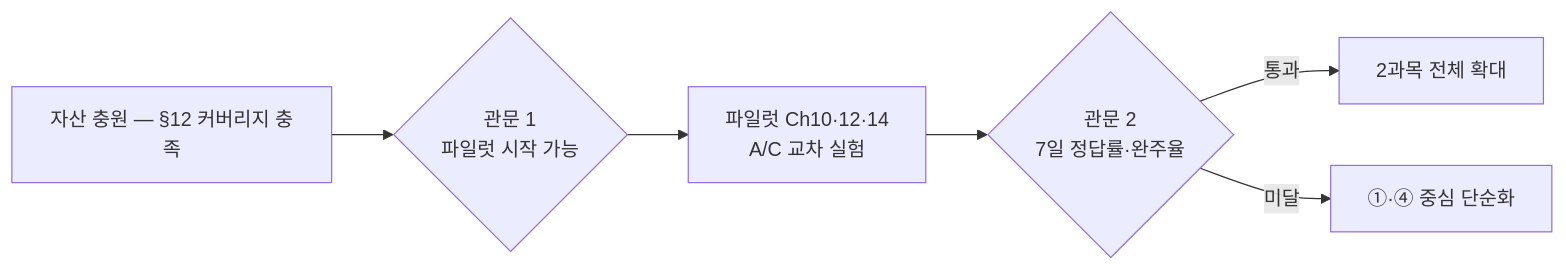
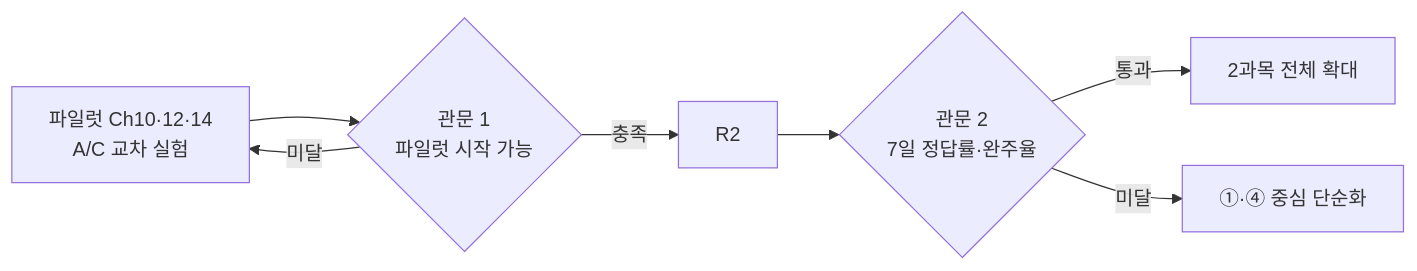
One commit to skygoldlee-cyber/passok changed the second of 2 diagrams in content/exams/carework/docs/적응형 학습 엔진 설계.md. Above: the diagram before and after it, drawn with Mermaid. The commit also changed other lines of this file and 1 other file, not shown here.

````diff
--- a/content/exams/carework/docs/적응형 학습 엔진 설계.md
+++ b/content/exams/carework/docs/적응형 학습 엔진 설계.md
@@ -222,8 +222,9 @@
 ```mermaid
 flowchart LR
     R1["자산 충원 — §12 커버리지 충족"] --> G1{"관문 1<br/>파일럿 시작 가능"}
-    G1 --> R2["파일럿 Ch10·12·14<br/>A/C 교차 실험"]
+    G1 -->|충족| R2
+    G1 -->|미달| R1["파일럿 Ch10·12·14<br/>A/C 교차 실험"]
     R2 --> G2{"관문 2<br/>7일 정답률·완주율"}
     G2 -->|통과| R3["2과목 전체 확대"]
     G2 -->|미달| R4["①·④ 중심 단순화"]
 ```
````
